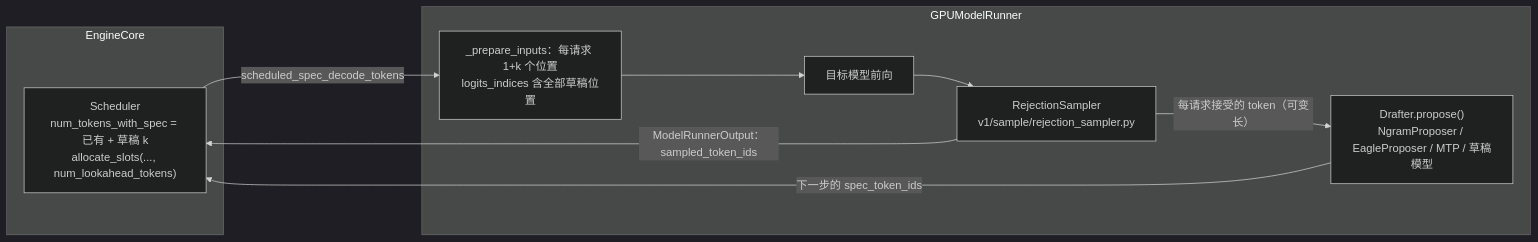
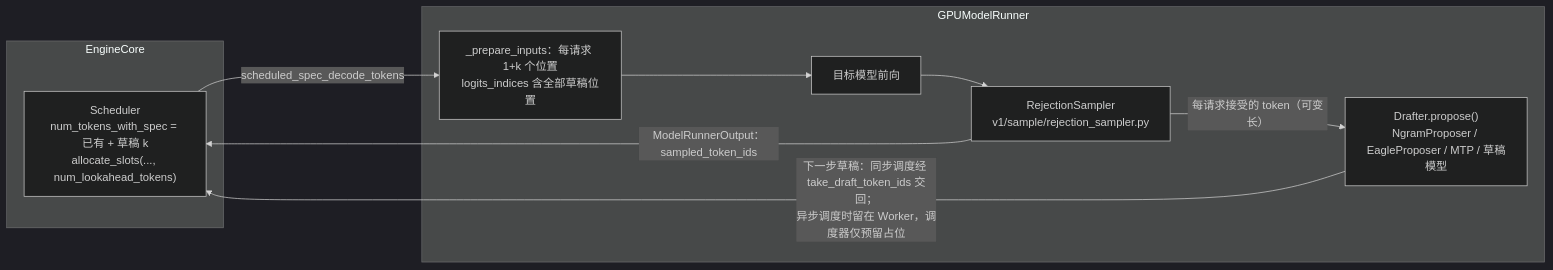
Before and after one commit to Wedsonlin/vllm_code: the diagram in course/revised/diagrams-src/F1/F1-fig1.mmd, drawn with Mermaid (dark theme). The commit also changed 36 other files, not shown here.

Commit message:
course: audit diagrams against vLLM v0.30.0; follow-up text fixes

```diff
--- a/course/revised/diagrams-src/F1/F1-fig1.mmd
+++ b/course/revised/diagrams-src/F1/F1-fig1.mmd
@@ -1,14 +1,14 @@
 flowchart LR
   subgraph EC["EngineCore"]
     SCH["Scheduler<br/>num_tokens_with_spec = 已有 + 草稿 k<br/>allocate_slots(..., num_lookahead_tokens)"]
   end
   subgraph MR["GPUModelRunner"]
     PREP["_prepare_inputs：每请求 1+k 个位置<br/>logits_indices 含全部草稿位置"]
     FWD["目标模型前向"]
     RS["RejectionSampler<br/>v1/sample/rejection_sampler.py"]
     DR["Drafter.propose()<br/>NgramProposer / EagleProposer / MTP / 草稿模型"]
   end
   SCH -->|"scheduled_spec_decode_tokens"| PREP --> FWD --> RS
   RS -->|"每请求接受的 token（可变长）"| DR
-  DR -->|"下一步的 spec_token_ids"| SCH
+  DR -->|"下一步草稿：同步调度经 take_draft_token_ids 交回；<br/>异步调度时留在 Worker，调度器仅预留占位"| SCH
   RS -->|"ModelRunnerOutput：sampled_token_ids"| SCH
```
